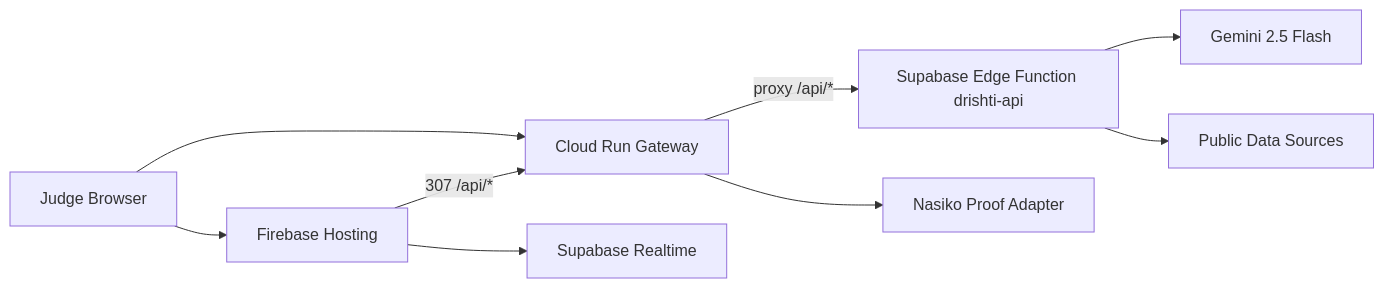
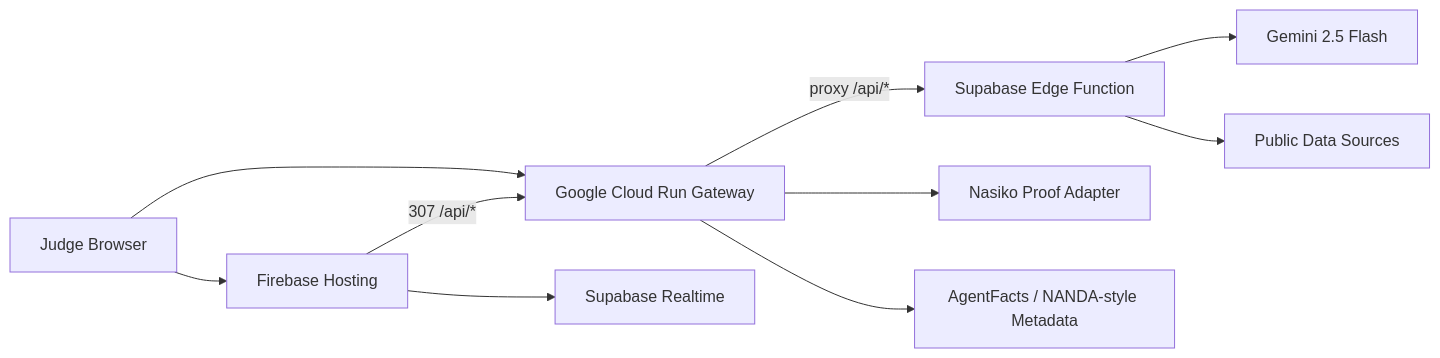
The diagram in README.md (Induj1/drishti-energy-intel), drawn with Mermaid before and after one commit. The commit also changed other lines of this file and 3 other files, not shown here.

````diff
--- a/README.md
+++ b/README.md
@@ -48,11 +117,12 @@
 ```mermaid
 flowchart LR
-  Judge["Judge Browser"] --> CR["Cloud Run Gateway"]
+  Judge["Judge Browser"] --> CR["Google Cloud Run Gateway"]
   Judge --> FB["Firebase Hosting"]
   FB -- "307 /api/*" --> CR
-  CR -- "proxy /api/*" --> SB["Supabase Edge Function drishti-api"]
+  CR -- "proxy /api/*" --> SB["Supabase Edge Function"]
   SB --> Gemini["Gemini 2.5 Flash"]
   SB --> Sources["Public Data Sources"]
   CR --> Nasiko["Nasiko Proof Adapter"]
   FB --> SupabaseRT["Supabase Realtime"]
+  CR --> AgentFacts["AgentFacts / NANDA-style Metadata"]
 ```
````
